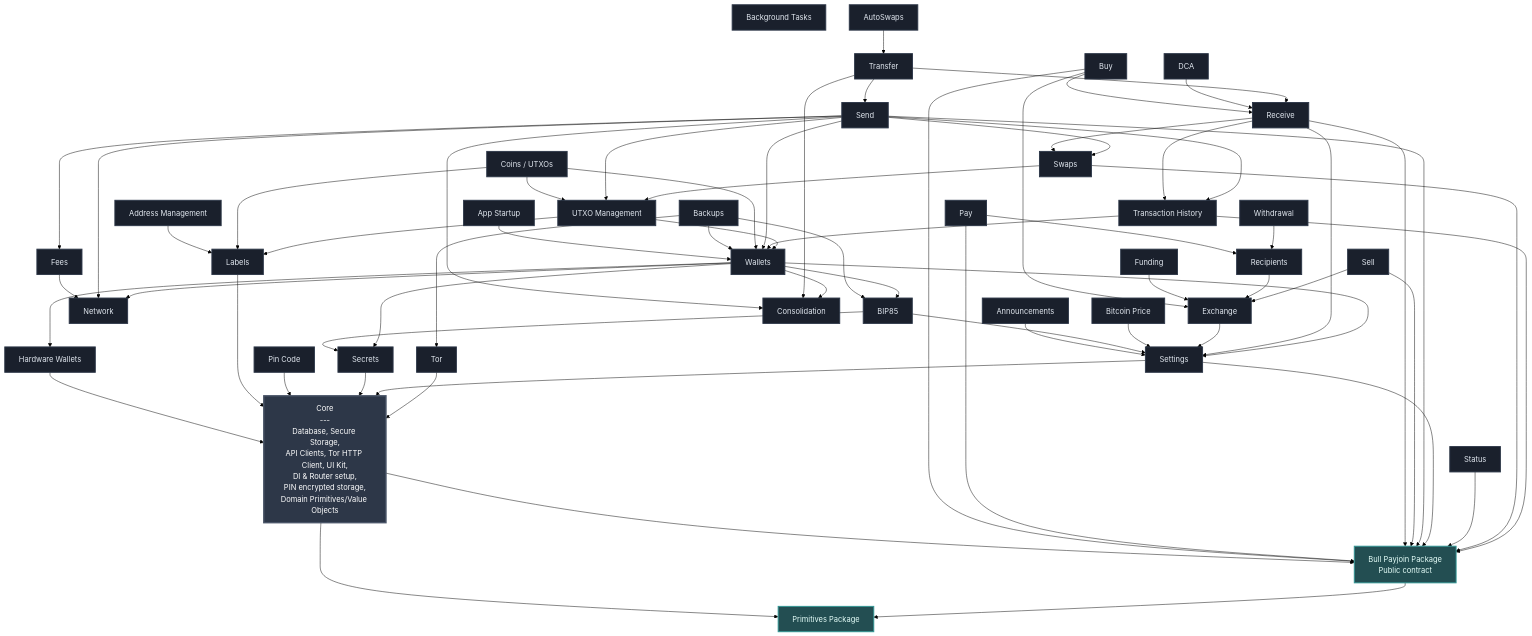
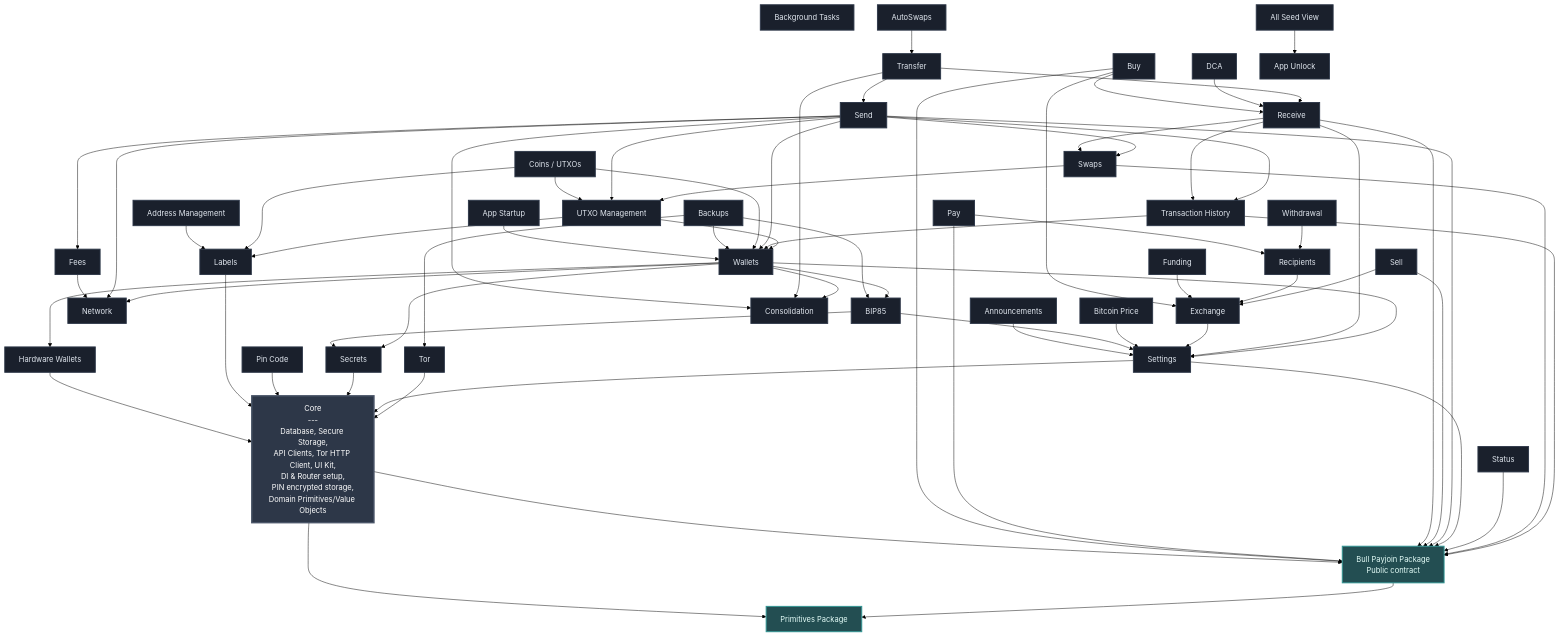
Before and after one commit to SatoshiPortal/bullbitcoin-mobile: the diagram in FEATURES.md, drawn with Mermaid (forest theme). The commit also changed 6 other files, not shown here.

First line of the commit message:
feat(all_seed_view): require PIN re-authentication to reveal seeds

````diff
--- a/FEATURES.md
+++ b/FEATURES.md
@@ -48,6 +48,8 @@
     COINS[Coins / UTXOs]
     ANNOUNCEMENTS[Announcements]
     CONSOLIDATION[Consolidation]
+    ALL_SEED_VIEW[All Seed View]
+    APP_UNLOCK[App Unlock]
 
     %% Dependencies to Core (all features depend on Core, but showing it explicitly would clutter the diagram)
     %% Instead, we note this in the documentation below
@@ -59,6 +61,7 @@
 
     %% Feature-to-feature dependencies (extracted from draw.io diagram)
     ADDRESS_MGMT --> LABELS
+    ALL_SEED_VIEW --> APP_UNLOCK
     ANNOUNCEMENTS --> SETTINGS
     APP_STARTUP --> WALLETS
     AUTOSWAPS --> TRANSFER
@@ -127,5 +130,5 @@
 
     class CORE coreStyle
     class PRIMITIVES,BULL_PAYJOIN packageStyle
-    class SETTINGS,TOR,PIN_CODE,LABELS,SECRETS,HW_WALLETS,BTC_PRICE,NETWORK,BIP85,FEES,WALLETS,EXCHANGE,APP_STARTUP,UTXO_MGMT,ADDRESS_MGMT,RECIPIENTS,FUNDING,BACKUPS,SWAPS,WITHDRAWAL,STATUS,SEND,RECEIVE,TRANSFER,TX_HISTORY,BG_TASKS,AUTOSWAPS,DCA,SELL,PAY,BUY,COINS,ANNOUNCEMENTS,CONSOLIDATION featureStyle
+    class SETTINGS,TOR,PIN_CODE,LABELS,SECRETS,HW_WALLETS,BTC_PRICE,NETWORK,BIP85,FEES,WALLETS,EXCHANGE,APP_STARTUP,UTXO_MGMT,ADDRESS_MGMT,RECIPIENTS,FUNDING,BACKUPS,SWAPS,WITHDRAWAL,STATUS,SEND,RECEIVE,TRANSFER,TX_HISTORY,BG_TASKS,AUTOSWAPS,DCA,SELL,PAY,BUY,COINS,ANNOUNCEMENTS,CONSOLIDATION,ALL_SEED_VIEW,APP_UNLOCK featureStyle
 ```
````
